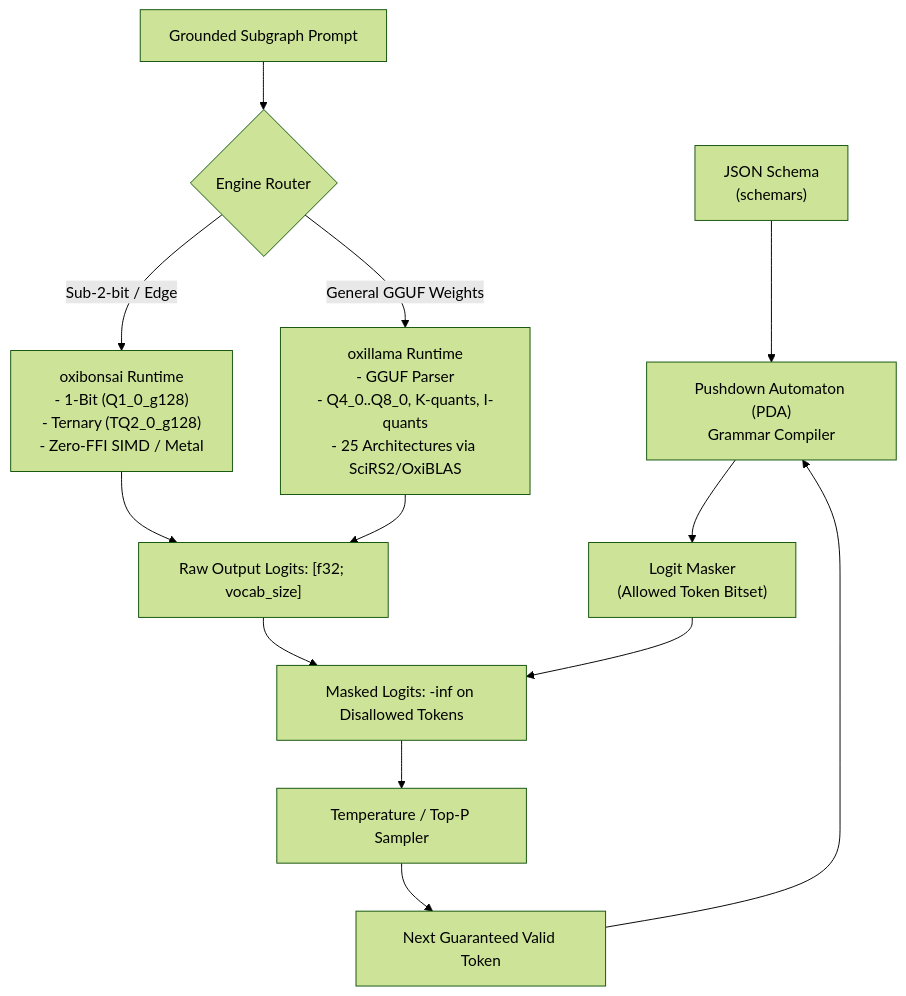
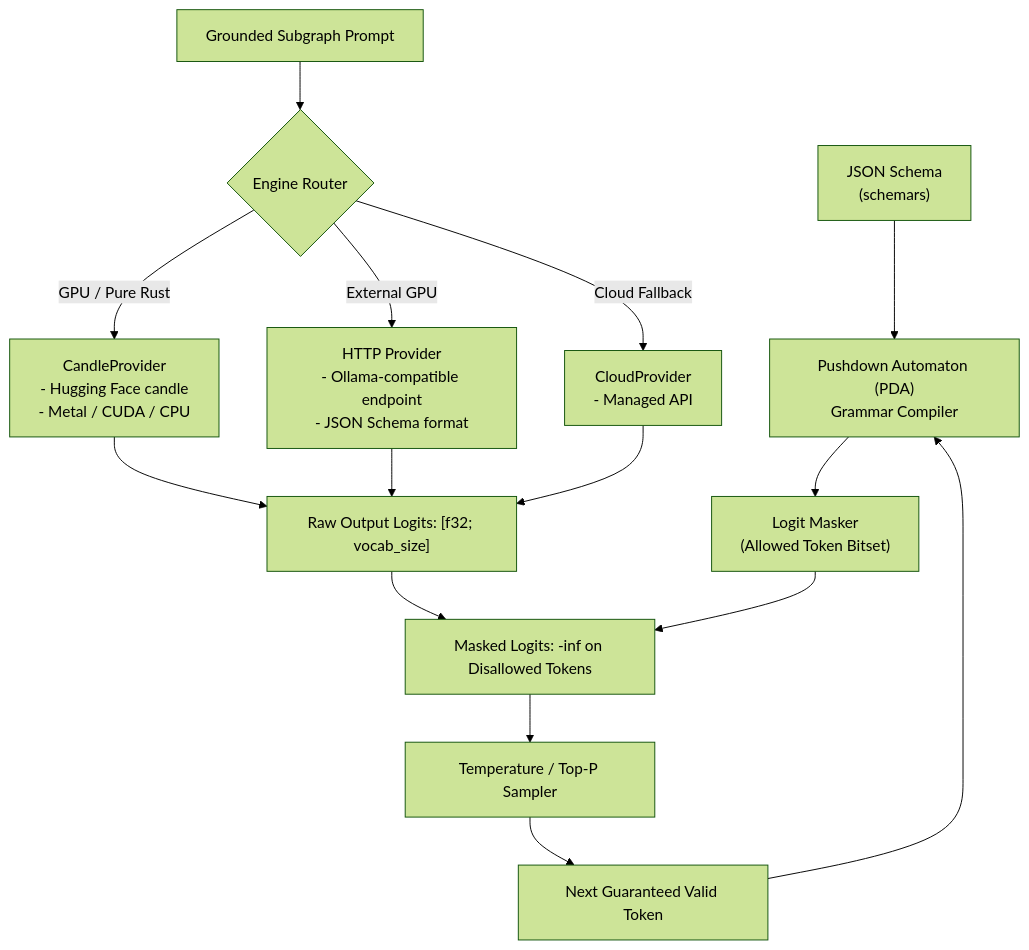
Before and after one commit to yasuomaidana/embedag: the diagram in doc/11_Pure_Rust_LLM_Inference_and_Constrained_Decoding.md, drawn with Mermaid (forest theme). The commit also changed other lines of this file and 42 other files, not shown here.

First line of the commit message:
[EMBEDAG-119] Remove oxirag/oxillama/oxibonsai (BUSL relicense) with pure-Rust replacements (#15)

````diff
--- a/doc/11_Pure_Rust_LLM_Inference_and_Constrained_Decoding.md
+++ b/doc/11_Pure_Rust_LLM_Inference_and_Constrained_Decoding.md
@@ -25,17 +28,19 @@
 ```mermaid
 flowchart TD
     Schema["JSON Schema<br/>(schemars)"] --> Automaton["Pushdown Automaton (PDA)<br/>Grammar Compiler"]
     Automaton --> Masker["Logit Masker<br/>(Allowed Token Bitset)"]
     Prompt["Grounded Subgraph Prompt"] --> EngineSelector{"Engine Router"}
 
-    EngineSelector -->|Sub-2-bit / Edge| OxiBonsai["oxibonsai Runtime<br/>- 1-Bit (Q1_0_g128)<br/>- Ternary (TQ2_0_g128)<br/>- Zero-FFI SIMD / Metal"]
-    EngineSelector -->|General GGUF Weights| OxiLLaMa["oxillama Runtime<br/>- GGUF Parser<br/>- Q4_0..Q8_0, K-quants, I-quants<br/>- 25 Architectures via SciRS2/OxiBLAS"]
+    EngineSelector -->|GPU / Pure Rust| Candle["CandleProvider<br/>- Hugging Face candle<br/>- Metal / CUDA / CPU"]
+    EngineSelector -->|External GPU| HttpProvider["HTTP Provider<br/>- Ollama-compatible endpoint<br/>- JSON Schema format"]
+    EngineSelector -->|Cloud Fallback| Cloud["CloudProvider<br/>- Managed API"]
 
-    OxiBonsai --> RawLogits["Raw Output Logits: [f32; vocab_size]"]
-    OxiLLaMa --> RawLogits
+    Candle --> RawLogits["Raw Output Logits: [f32; vocab_size]"]
+    HttpProvider --> RawLogits
+    Cloud --> RawLogits
 
     RawLogits & Masker --> MaskedLogits["Masked Logits: -inf on Disallowed Tokens"]
     MaskedLogits --> Sampler["Temperature / Top-P Sampler"]
     Sampler --> NextToken["Next Guaranteed Valid Token"]
     NextToken --> Automaton
 ```
````
